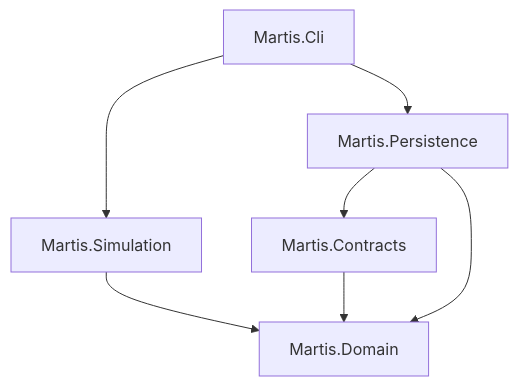
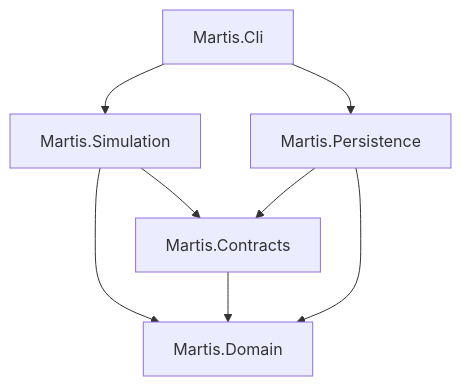
One commit to CerealKillerjs/martis changed the diagram in README.md. Above: the diagram before and after it, drawn with Mermaid. The commit also changed other lines of this file and 9 other files, not shown here.

First line of the commit message:
Aprueba Simulation a Contracts y fija el roll-forward en parches.

````diff
--- a/README.md
+++ b/README.md
@@ -62,9 +62,10 @@
 ```mermaid
 graph TD
   Cli[Martis.Cli] --> Simulation[Martis.Simulation]
   Cli --> Persistence[Martis.Persistence]
   Simulation --> Domain[Martis.Domain]
+  Simulation --> Contracts
   Contracts[Martis.Contracts] --> Domain
   Persistence --> Contracts
   Persistence --> Domain
 ```
````
